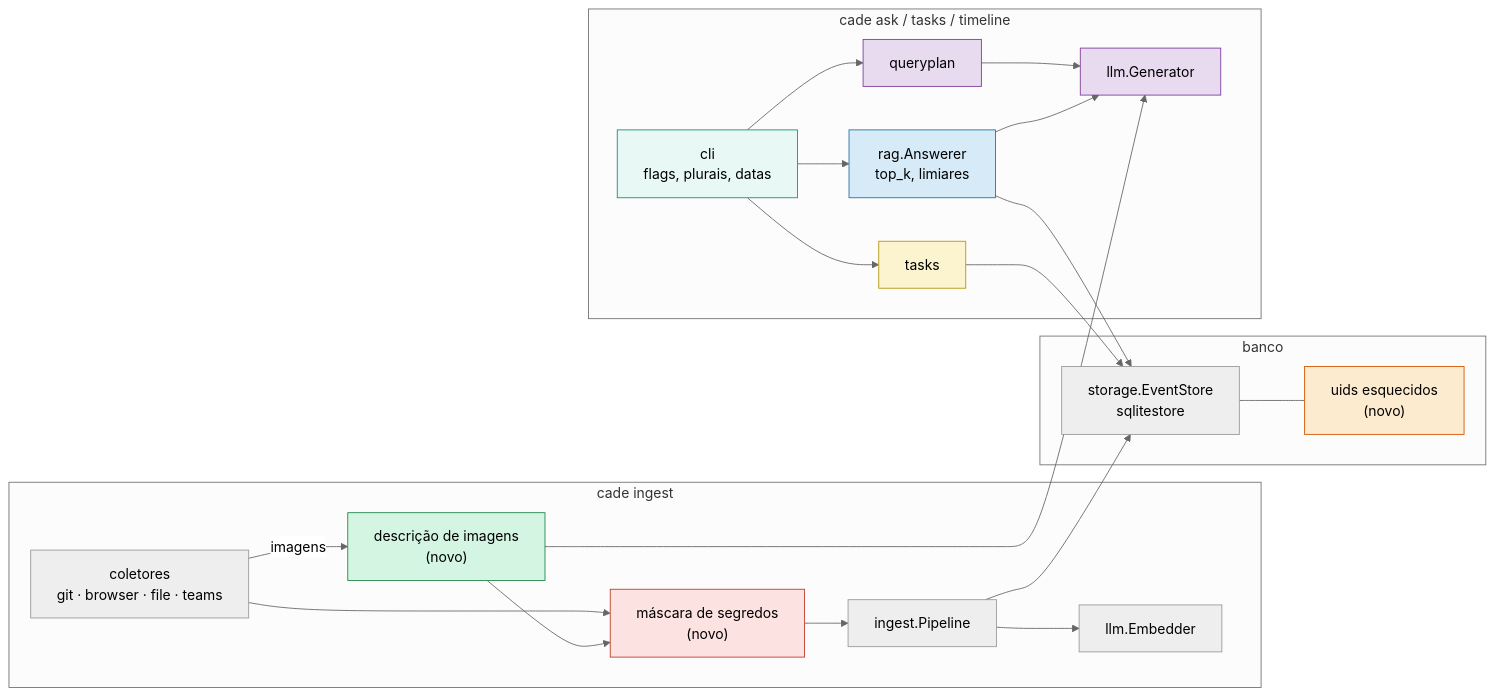
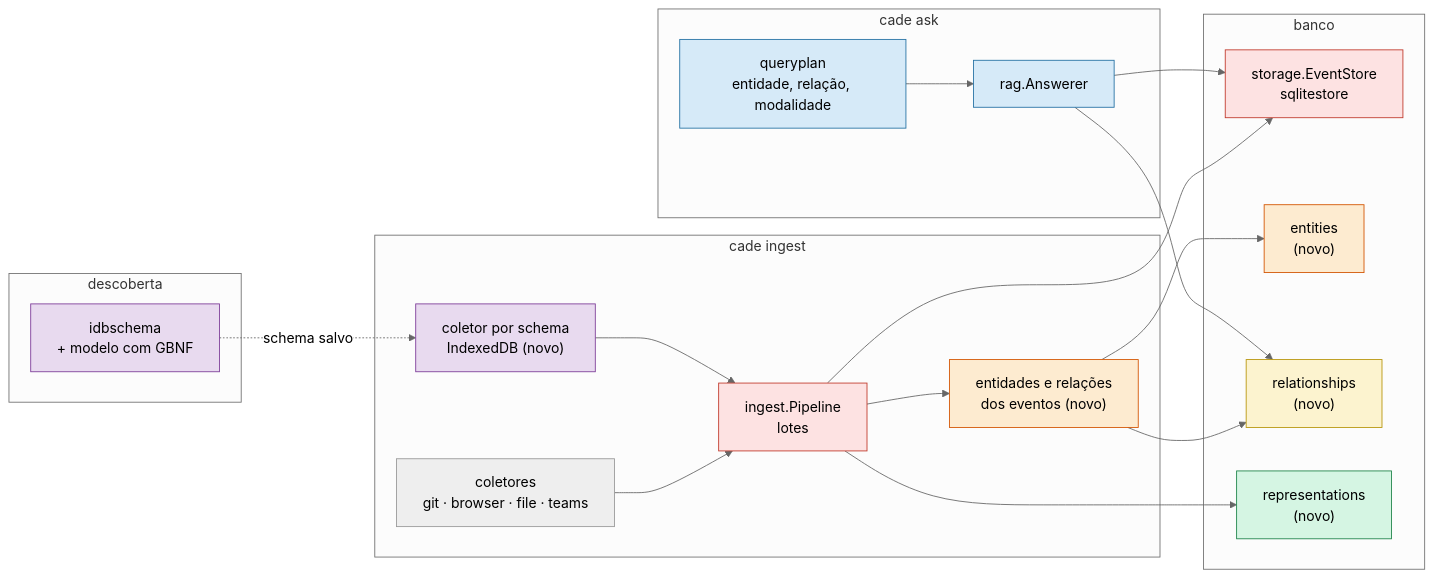
The diagram in docs/ROADMAP.md (Chipskein/cade), drawn with Mermaid (neutral theme) before and after one commit. The commit also changed other lines of this file, not shown here.

First line of the commit message:
docs: v0.2.0 roadmap (batches, benchmarks, space, LGPD, entities, IndexedDB)

````diff
--- a/docs/ROADMAP.md
+++ b/docs/ROADMAP.md
@@ -53,50 +59,50 @@
 ```mermaid
 flowchart LR
     subgraph ingestao["cade ingest"]
         collectors["coletores<br/>git · browser · file · teams"]
-        redact["máscara de segredos<br/>(novo)"]
-        captioner["descrição de imagens<br/>(novo)"]
-        pipeline["ingest.Pipeline"]
-        embedder["llm.Embedder"]
+        idbsource["coletor por schema<br/>IndexedDB (novo)"]
+        pipeline["ingest.Pipeline<br/>lotes"]
+        linker["entidades e relações<br/>dos eventos (novo)"]
     end
 
     subgraph banco["banco"]
         store["storage.EventStore<br/>sqlitestore"]
-        forgotten["uids esquecidos<br/>(novo)"]
+        entities["entities<br/>(novo)"]
+        relationships["relationships<br/>(novo)"]
+        representations["representations<br/>(novo)"]
     end
 
-    subgraph consulta["cade ask / tasks / timeline"]
-        cli["cli<br/>flags, plurais, datas"]
-        planner["queryplan"]
-        answerer["rag.Answerer<br/>top_k, limiares"]
-        tasks["tasks"]
-        generator["llm.Generator"]
+    subgraph consulta["cade ask"]
+        planner["queryplan<br/>entidade, relação, modalidade"]
+        answerer["rag.Answerer"]
     end
 
-    collectors --> redact --> pipeline
-    collectors -->|imagens| captioner --> redact
-    pipeline --> embedder
+    subgraph descoberta["descoberta"]
+        idbschema["idbschema<br/>+ modelo com GBNF"]
+    end
+
+    collectors --> pipeline
+    idbsource --> pipeline
+    idbschema -.->|schema salvo| idbsource
+    pipeline --> linker --> entities
+    linker --> relationships
     pipeline --> store
-    store --- forgotten
-    cli --> planner --> generator
-    cli --> answerer --> store
-    answerer --> generator
-    cli --> tasks --> store
-    captioner --> generator
+    pipeline --> representations
+    planner --> answerer
+    answerer --> relationships
+    answerer --> store
 
-    classDef f13 fill:#fde2e2,stroke:#c0392b
-    classDef f14 fill:#fdebd0,stroke:#d35400
-    classDef f15 fill:#fcf3cf,stroke:#b7950b
-    classDef f16 fill:#e8f8f5,stroke:#148f77
-    classDef f17 fill:#d6eaf8,stroke:#2471a3
-    classDef f18 fill:#e8daef,stroke:#7d3c98
-    classDef f19 fill:#d5f5e3,stroke:#1e8449
+    classDef f22 fill:#fde2e2,stroke:#c0392b
+    classDef f26 fill:#fdebd0,stroke:#d35400
+    classDef f27 fill:#fcf3cf,stroke:#b7950b
+    classDef f28 fill:#d5f5e3,stroke:#1e8449
+    classDef f29 fill:#d6eaf8,stroke:#2471a3
+    classDef f30 fill:#e8daef,stroke:#7d3c98
 
-    class redact f13
-    class forgotten f14
-    class tasks f15
-    class cli f16
-    class answerer f17
-    class generator,planner f18
-    class captioner f19
+    class pipeline,store f22
+    class entities,linker f26
+    class relationships f27
+    class representations f28
+    class planner,answerer f29
+    class idbsource,idbschema f30
 ```
````
